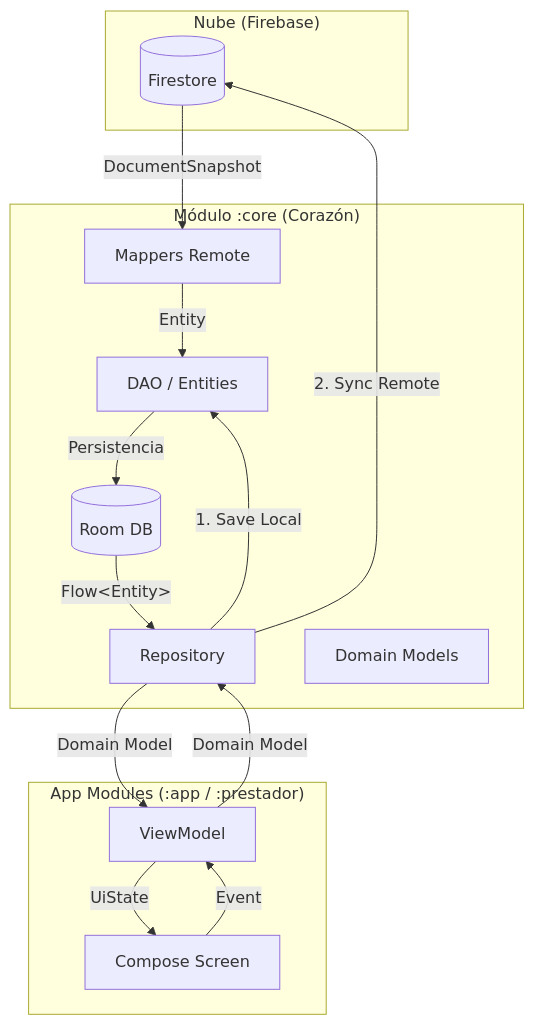
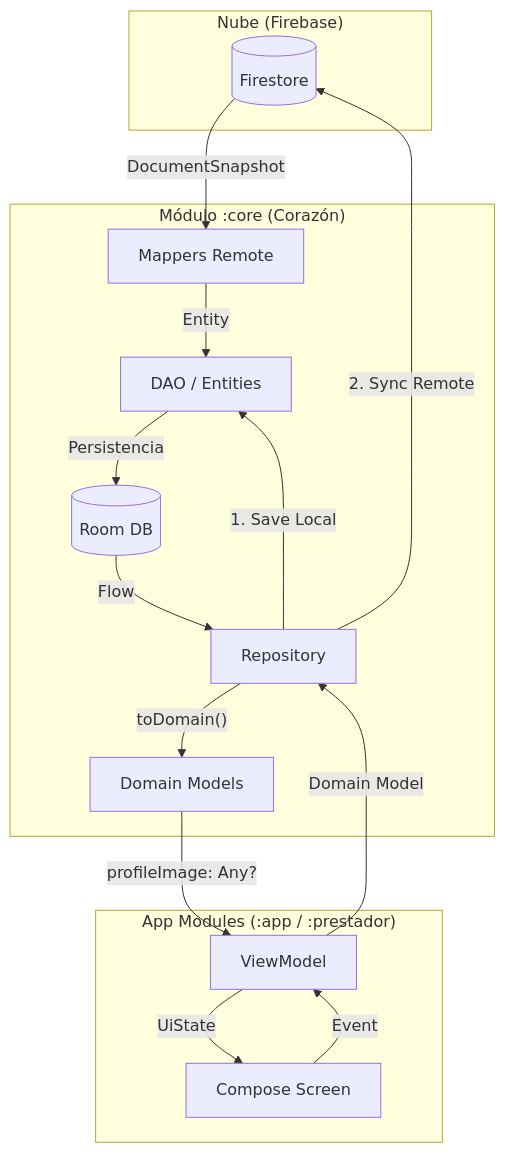
One commit to informaticamaverick/informaticamaverick-App-PBEM2.8.1.V2 changed the diagram in core/README_CORE.md. Above: the diagram before and after it, drawn with Mermaid. The commit also changed other lines of this file and 55 other files, not shown here.

````diff
--- a/core/README_CORE.md
+++ b/core/README_CORE.md
@@ -44,35 +43,36 @@
 ```mermaid
 graph TD
     subgraph "Nube (Firebase)"
         FS[(Firestore)]
     end
 
     subgraph "Módulo :core (Corazón)"
         Mapper[Mappers Remote]
         Repo[Repository]
         Room[(Room DB)]
         DAO[DAO / Entities]
         Domain[Domain Models]
     end
 
     subgraph "App Modules (:app / :prestador)"
         VM[ViewModel]
         UI[Compose Screen]
     end
 
     %% Flujo de Descarga (Sync)
     FS -- "DocumentSnapshot" --> Mapper
     Mapper -- "Entity" --> DAO
     DAO -- "Persistencia" --> Room
 
     %% Flujo de Lectura (UI)
-    Room -- "Flow&lt;Entity&gt;" --> Repo
-    Repo -- "Domain Model" --> VM
+    Room -- "Flow<Entity>" --> Repo
+    Repo -- "toDomain()" --> Domain
+    Domain -- "profileImage: Any?" --> VM
     VM -- "UiState" --> UI
 
     %% Flujo de Escritura (Sync Up)
     UI -- "Event" --> VM
     VM -- "Domain Model" --> Repo
     Repo -- "1. Save Local" --> DAO
     Repo -- "2. Sync Remote" --> FS
 ```
````
